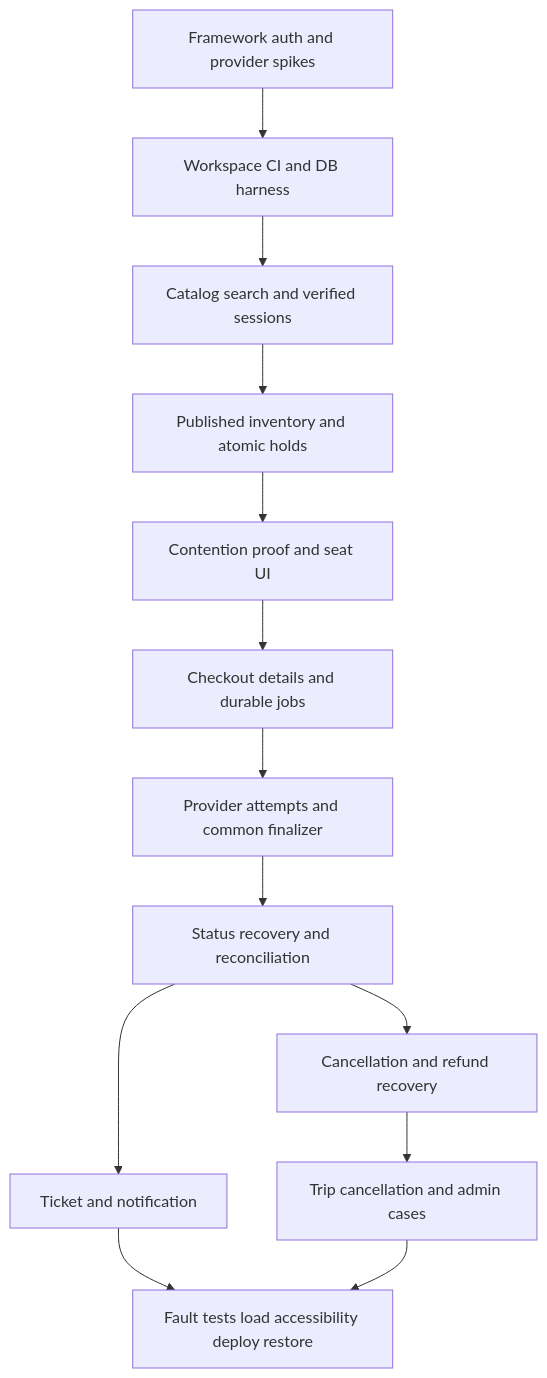
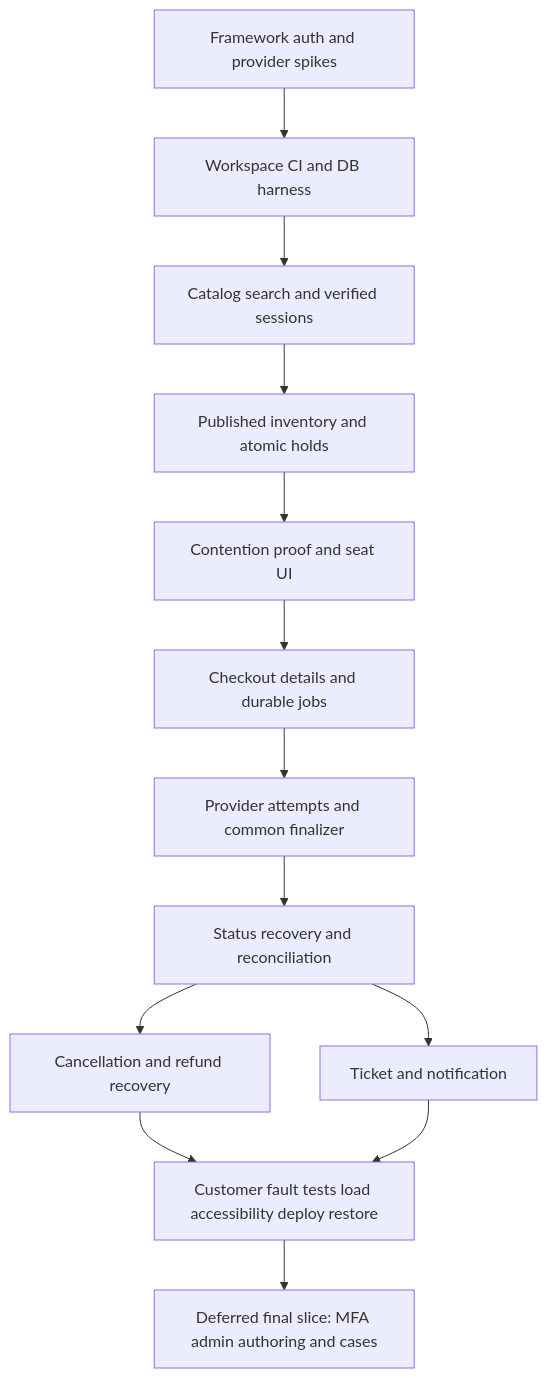
Before and after one commit to jackedengineer/quickbus: the diagram in tasks/plan.md, drawn with Mermaid. The commit also changed other lines of this file and 11 other files, not shown here.

````diff
--- a/tasks/plan.md
+++ b/tasks/plan.md
@@ -33,15 +33,15 @@
 ```mermaid
 flowchart TD
   spikes[Framework auth and provider spikes] --> foundation[Workspace CI and DB harness]
   foundation --> browse[Catalog search and verified sessions]
   browse --> reserve[Published inventory and atomic holds]
   reserve --> proof[Contention proof and seat UI]
   proof --> checkout[Checkout details and durable jobs]
   checkout --> pay[Provider attempts and common finalizer]
   pay --> reconcile[Status recovery and reconciliation]
   reconcile --> ticket[Ticket and notification]
   reconcile --> refund[Cancellation and refund recovery]
-  refund --> admin[Trip cancellation and admin cases]
-  ticket --> release[Fault tests load accessibility deploy restore]
-  admin --> release
+  refund --> release[Customer fault tests load accessibility deploy restore]
+  ticket --> release
+  release --> admin[Deferred final slice: MFA admin authoring and cases]
 ```
````
